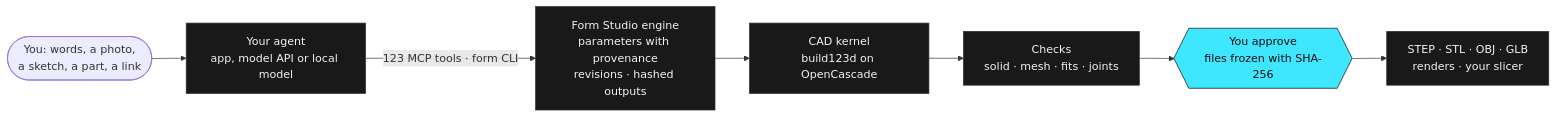
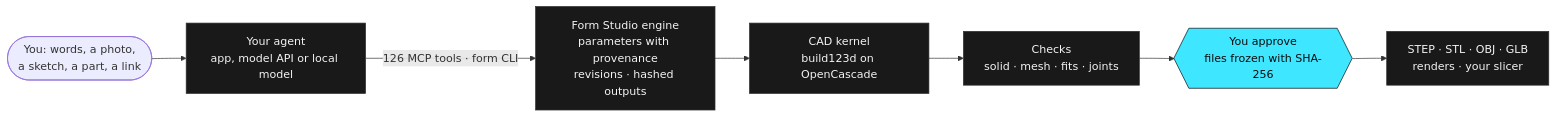
Before and after one commit to kaizensx/form-studio: the diagram in README.md, drawn with Mermaid. The commit also changed other lines of this file and 13 other files, not shown here.

First line of the commit message:
Integrate wave K: 126 MCP tools, boards on the Bench; the server's Studio follows FORM_DATA

````diff
--- a/README.md
+++ b/README.md
@@ -86,13 +86,13 @@
 ```mermaid
 flowchart LR
   you(["You: words, a photo,<br/>a sketch, a part, a link"]) --> agent["Your agent<br/>app, model API or local model"]
-  agent -- "123 MCP tools · form CLI" --> engine["Form Studio engine<br/>parameters with provenance<br/>revisions · hashed outputs"]
+  agent -- "126 MCP tools · form CLI" --> engine["Form Studio engine<br/>parameters with provenance<br/>revisions · hashed outputs"]
   engine --> kernel["CAD kernel<br/>build123d on OpenCascade"]
   kernel --> checks["Checks<br/>solid · mesh · fits · joints"]
   checks --> release{{"You approve<br/>files frozen with SHA-256"}}
   release --> out["STEP · STL · OBJ · GLB<br/>renders · your slicer"]
   classDef datum fill:#3ee6ff,stroke:#0b0b0c,color:#0b0b0c
   classDef plate fill:#19191a,stroke:#2f2f31,color:#f4f3f1
   class release datum
   class agent,engine,kernel,checks,out plate
 ```
````
